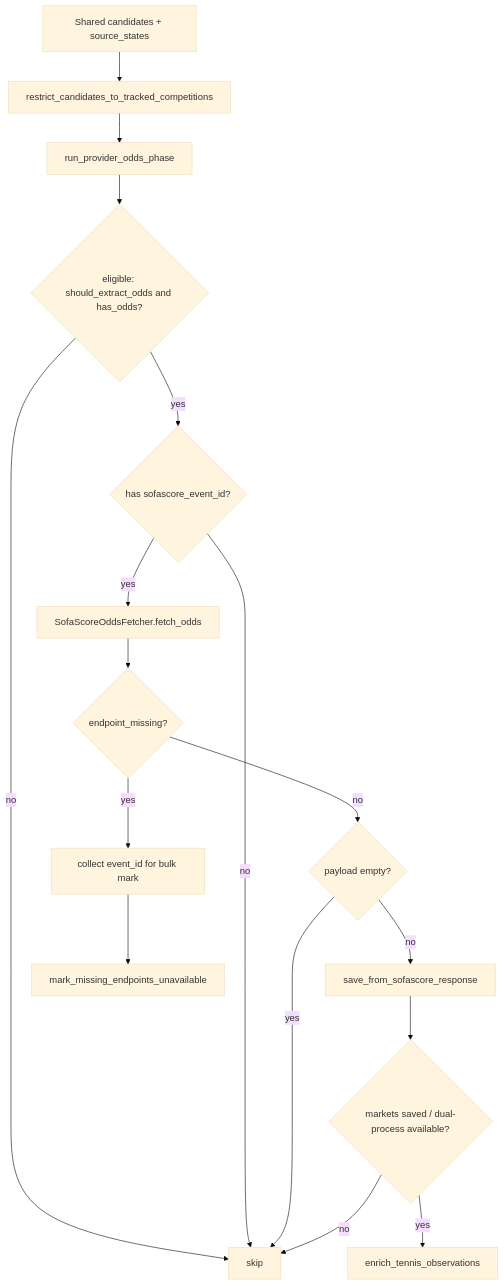
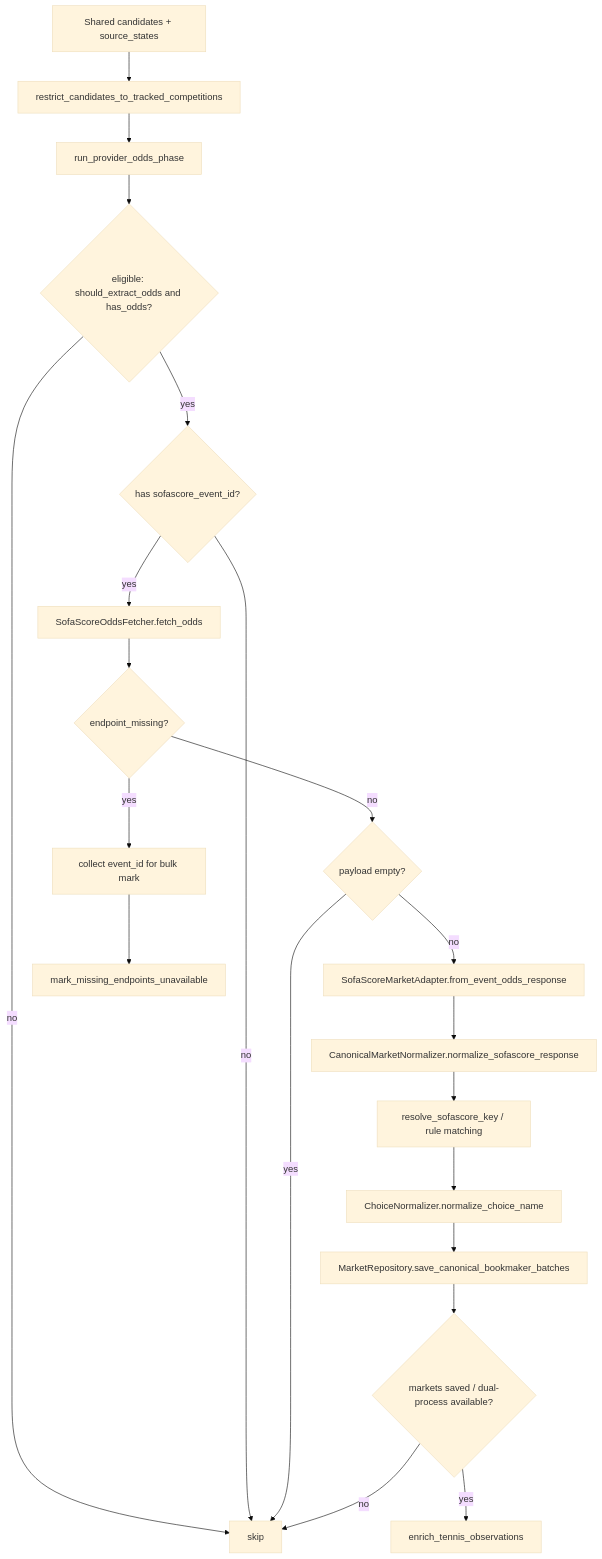
Before and after one commit to GadielRP/scraping_with_api: the second of 6 diagrams in docs/providers/pre_start_odds_ingestion.md, drawn with Mermaid (base theme). The commit also changed other lines of this file and 9 other files, not shown here.

````diff
--- a/docs/providers/pre_start_odds_ingestion.md
+++ b/docs/providers/pre_start_odds_ingestion.md
@@ -233,19 +235,23 @@
 ```mermaid
 flowchart TD
     A[Shared candidates + source_states] --> R[restrict_candidates_to_tracked_competitions]
     R --> B[run_provider_odds_phase]
     B --> C{eligible: should_extract_odds and has_odds?}
     C -- no --> S[skip]
     C -- yes --> D{has sofascore_event_id?}
     D -- no --> S
     D -- yes --> E[SofaScoreOddsFetcher.fetch_odds]
     E --> F{endpoint_missing?}
     F -- yes --> G[collect event_id for bulk mark]
     F -- no --> H{payload empty?}
     H -- yes --> S
-    H -- no --> I[save_from_sofascore_response]
-    I --> J{markets saved / dual-process available?}
-    J -- yes --> K[enrich_tennis_observations]
-    J -- no --> S
-    G --> L[mark_missing_endpoints_unavailable]
+    H -- no --> I[SofaScoreMarketAdapter.from_event_odds_response]
+    I --> J[CanonicalMarketNormalizer.normalize_sofascore_response]
+    J --> K[resolve_sofascore_key / rule matching]
+    K --> L[ChoiceNormalizer.normalize_choice_name]
+    L --> M[MarketRepository.save_canonical_bookmaker_batches]
+    M --> N{markets saved / dual-process available?}
+    N -- yes --> O[enrich_tennis_observations]
+    N -- no --> S
+    G --> P[mark_missing_endpoints_unavailable]
 ```
````
